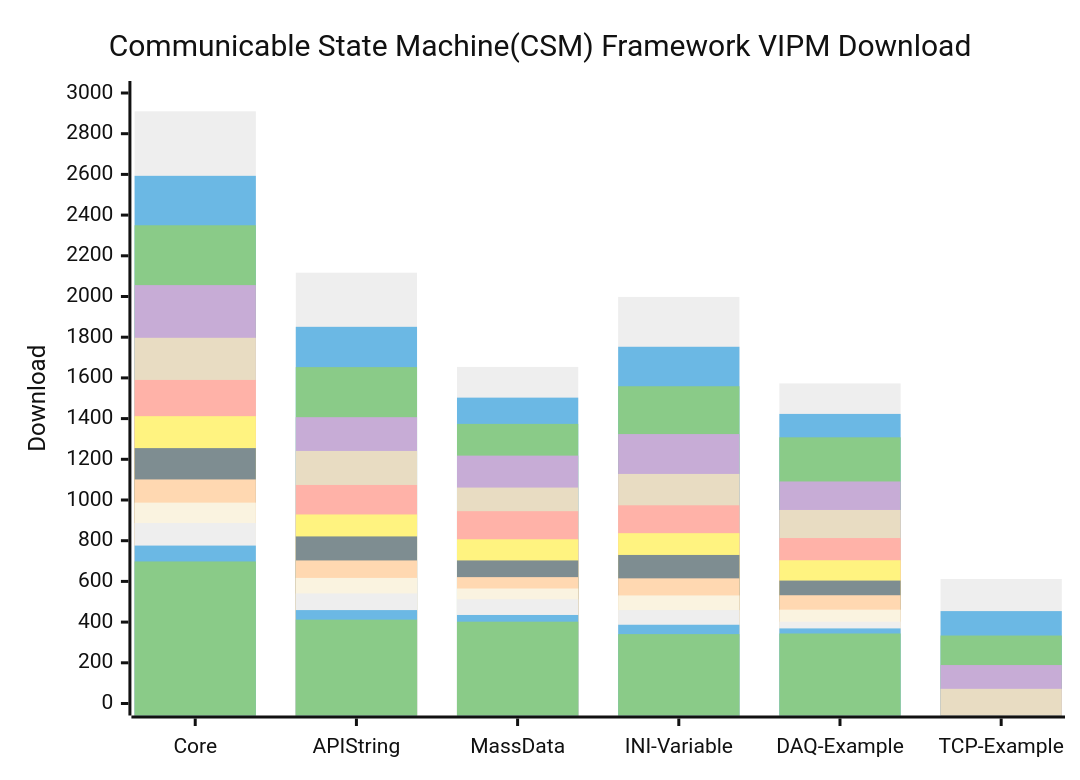
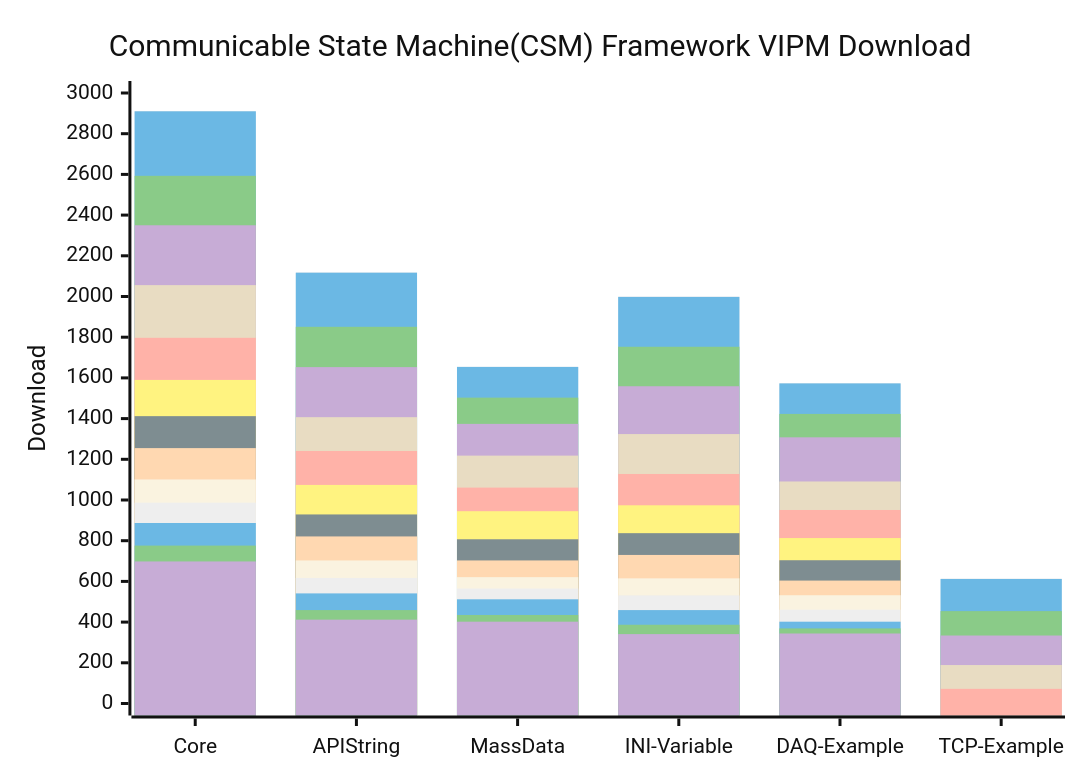
Before and after one commit to NEVSTOP-LAB/.github: the diagram in profile/README.md, drawn with Mermaid (neutral theme).

````diff
--- a/profile/README.md
+++ b/profile/README.md
@@ -31,19 +31,20 @@
 ```mermaid
     xychart-beta
     title "Communicable State Machine(CSM) Framework VIPM Download"
     x-axis [Core, API String, MassData, INI-Variable, DAQ-Example, TCP-Example]
     y-axis "Download" 0 --> 3000
+    bar   [2912, 2119, 1655, 2000, 1574, 614]
     bar   [2910, 2117, 1654, 1998, 1573, 612]
     bar   [2593, 1851, 1503, 1753, 1423, 454]
     bar   [2350, 1653, 1374, 1559, 1308, 334]
     bar   [2056, 1407, 1218, 1324, 1091, 189]
     bar   [1797, 1241, 1061, 1128, 951, 72]
     bar   [1590, 1074, 945, 974, 813]
     bar   [1412, 929, 807, 837, 704]
     bar   [1255, 821, 703, 730, 604]
     bar   [1101, 703, 621, 615, 532]
     bar   [987, 617, 565, 531, 461]
     bar   [887, 541, 512, 459, 402]
     bar   [776, 459, 435, 387, 369]
     bar   [698, 412, 402, 341, 344]
 ```
````
